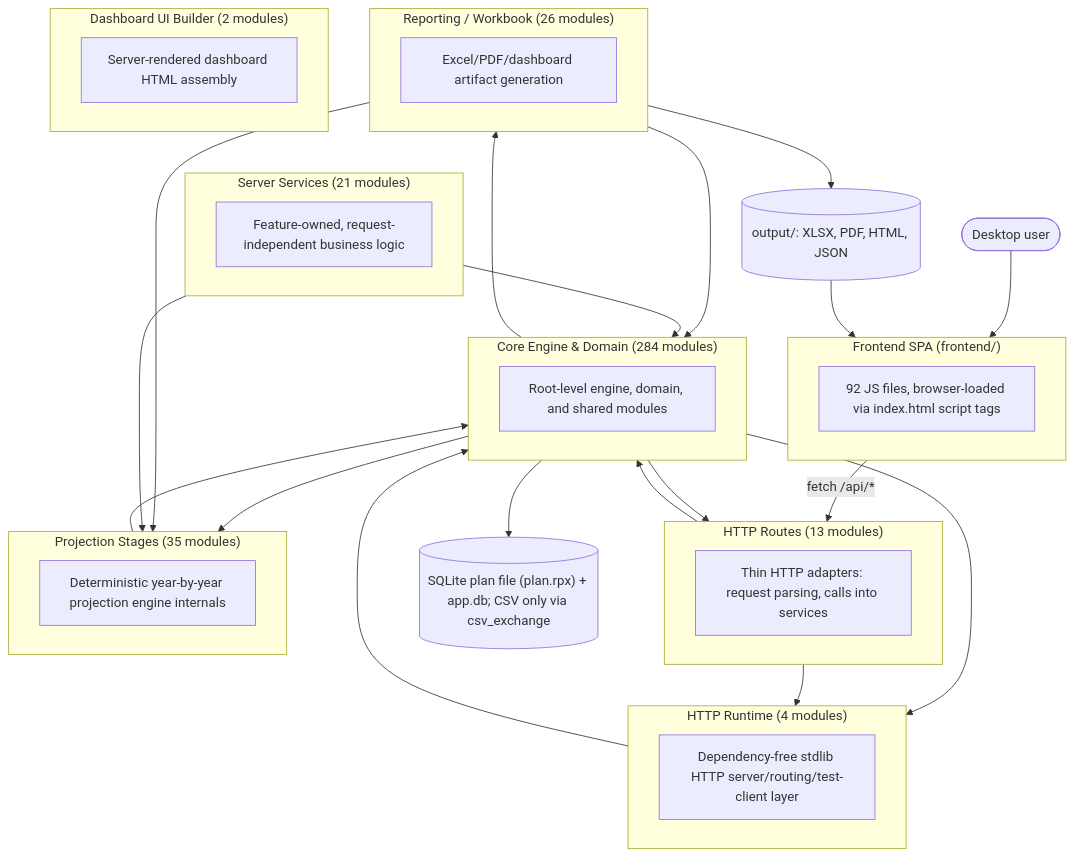
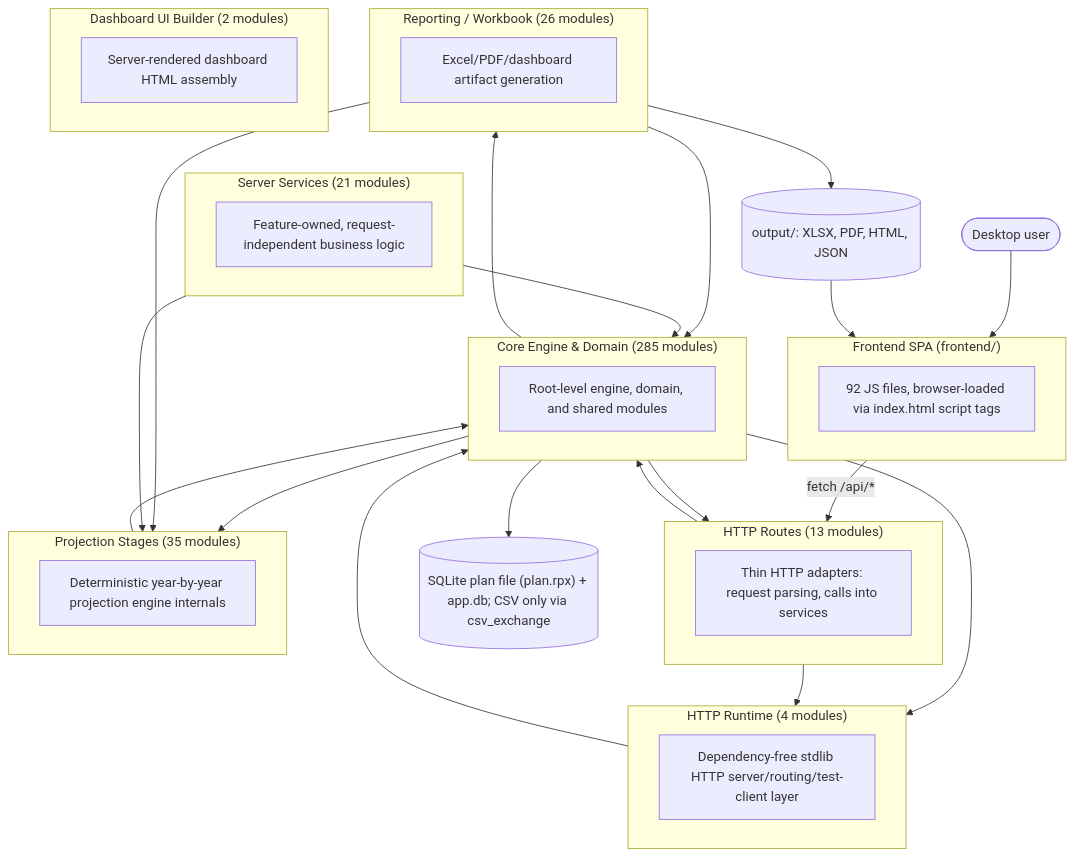
The first of 2 diagrams in documentation/reference/SYSTEM_ARCHITECTURE_DIAGRAM.md (matthartzman/retirement_system), drawn with Mermaid before and after one commit. The commit also changed other lines of this file and 14 other files, not shown here.

````diff
--- a/documentation/reference/SYSTEM_ARCHITECTURE_DIAGRAM.md
+++ b/documentation/reference/SYSTEM_ARCHITECTURE_DIAGRAM.md
@@ -11,44 +11,44 @@
 ```mermaid
 flowchart TB
     User(["Desktop user"]) --> FE
     subgraph FE["Frontend SPA (frontend/)"]
         FEcount["92 JS files, browser-loaded via index.html script tags"]
     end
     FE -->|fetch /api/*| L_HTTP_Routes
     subgraph L_HTTP_Routes["HTTP Routes (13 modules)"]
         L_HTTP_Routes_d["Thin HTTP adapters: request parsing, calls into services"]
     end
     subgraph L_Server_Services["Server Services (21 modules)"]
         L_Server_Services_d["Feature-owned, request-independent business logic"]
     end
     subgraph L_HTTP_Runtime["HTTP Runtime (4 modules)"]
         L_HTTP_Runtime_d["Dependency-free stdlib HTTP server/routing/test-client layer"]
     end
-    subgraph L_Core_Engine___Domain["Core Engine & Domain (284 modules)"]
+    subgraph L_Core_Engine___Domain["Core Engine & Domain (285 modules)"]
         L_Core_Engine___Domain_d["Root-level engine, domain, and shared modules"]
     end
     subgraph L_Projection_Stages["Projection Stages (35 modules)"]
         L_Projection_Stages_d["Deterministic year-by-year projection engine internals"]
     end
     subgraph L_Reporting___Workbook["Reporting / Workbook (26 modules)"]
         L_Reporting___Workbook_d["Excel/PDF/dashboard artifact generation"]
     end
     subgraph L_Dashboard_UI_Builder["Dashboard UI Builder (2 modules)"]
         L_Dashboard_UI_Builder_d["Server-rendered dashboard HTML assembly"]
     end
     L_Core_Engine___Domain --> L_HTTP_Routes
     L_Core_Engine___Domain --> L_HTTP_Runtime
     L_Core_Engine___Domain --> L_Projection_Stages
     L_Core_Engine___Domain --> L_Reporting___Workbook
     L_HTTP_Routes --> L_Core_Engine___Domain
     L_HTTP_Routes --> L_HTTP_Runtime
     L_HTTP_Runtime --> L_Core_Engine___Domain
     L_Projection_Stages --> L_Core_Engine___Domain
     L_Reporting___Workbook --> L_Core_Engine___Domain
     L_Reporting___Workbook --> L_Projection_Stages
     L_Server_Services --> L_Core_Engine___Domain
     L_Server_Services --> L_Projection_Stages
     L_Core_Engine___Domain --> DB[("SQLite plan file (plan.rpx) + app.db; CSV only via csv_exchange")]
     L_Reporting___Workbook --> Outputs[("output/: XLSX, PDF, HTML, JSON")]
     Outputs --> FE
 ```
````
